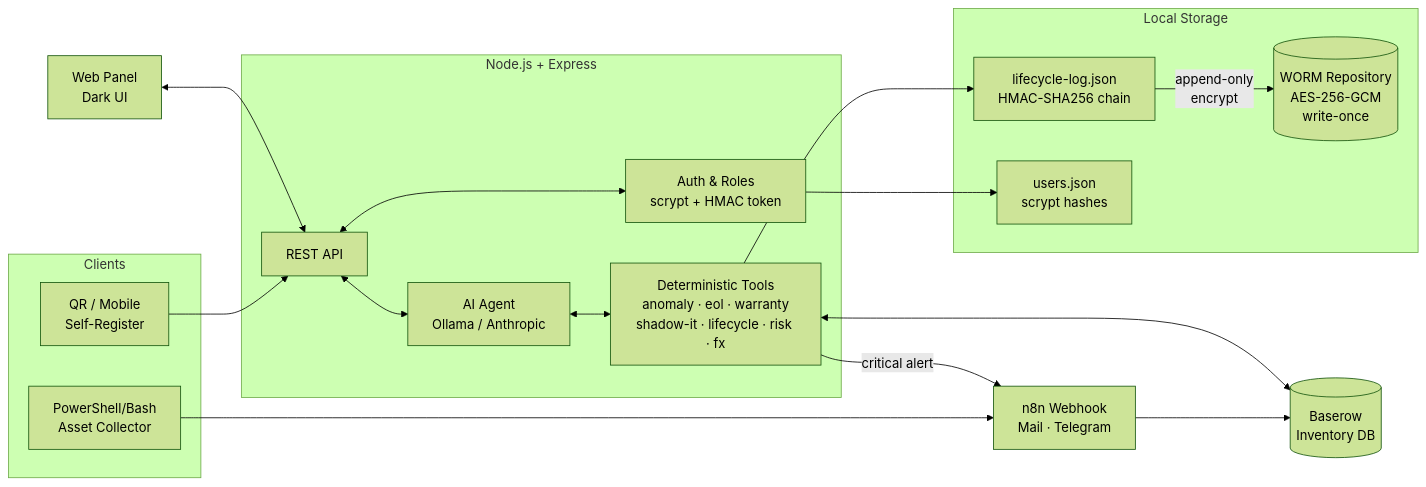
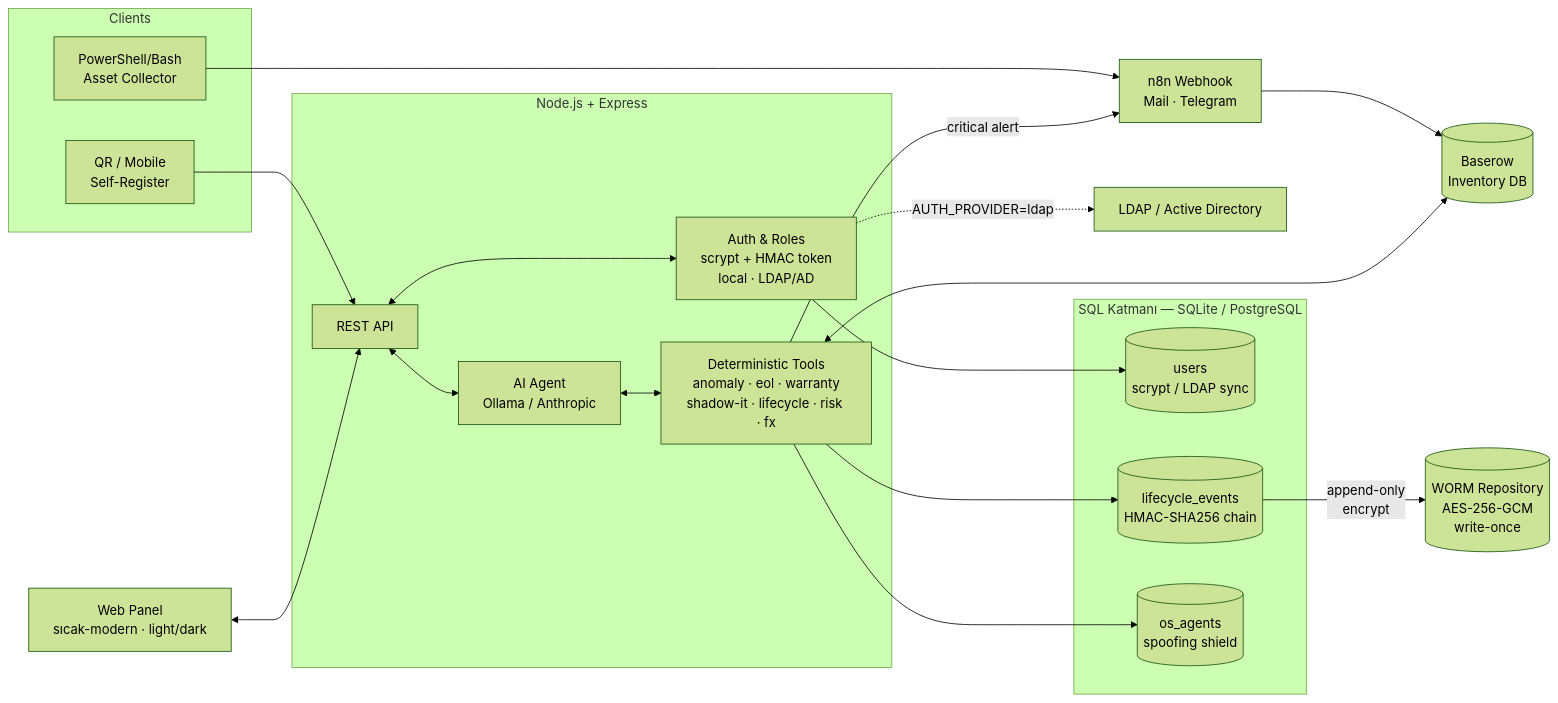
The diagram in README.md (alpercevizz/asset-management), drawn with Mermaid (forest theme) before and after one commit. The commit also changed other lines of this file, not shown here.

First line of the commit message:
README: Dalga 2 (LDAP/AD), SQL katmani, yeni tema ve envanter ozellikleri

````diff
--- a/README.md
+++ b/README.md
@@ -83,36 +87,40 @@
 ```mermaid
 flowchart LR
     subgraph Clients
       PS[PowerShell/Bash<br/>Asset Collector]
       QR[QR / Mobile<br/>Self-Register]
     end
 
     subgraph Server[Node.js + Express]
       API[REST API]
       AI[AI Agent<br/>Ollama / Anthropic]
       DET[Deterministic Tools<br/>anomaly · eol · warranty<br/>shadow-it · lifecycle · risk · fx]
-      AUTH[Auth & Roles<br/>scrypt + HMAC token]
+      AUTH[Auth & Roles<br/>scrypt + HMAC token<br/>local · LDAP/AD]
     end
 
-    subgraph Storage[Local Storage]
-      LOG[lifecycle-log.json<br/>HMAC-SHA256 chain]
-      WORM[(WORM Repository<br/>AES-256-GCM<br/>write-once)]
-      USERS[users.json<br/>scrypt hashes]
+    subgraph SQL[SQL Katmanı — SQLite / PostgreSQL]
+      USERS[(users<br/>scrypt / LDAP sync)]
+      LOG[(lifecycle_events<br/>HMAC-SHA256 chain)]
+      AGENT[(os_agents<br/>spoofing shield)]
     end
 
+    WORM[(WORM Repository<br/>AES-256-GCM<br/>write-once)]
+    LDAP[LDAP / Active Directory]
     BR[(Baserow<br/>Inventory DB)]
     N8N[n8n Webhook<br/>Mail · Telegram]
-    UI[Web Panel<br/>Dark UI]
+    UI[Web Panel<br/>sıcak-modern · light/dark]
 
     PS --> N8N --> BR
     QR --> API
     UI <--> API
     API <--> AI
     AI <--> DET
     DET <--> BR
     DET --> LOG
     LOG -->|append-only<br/>encrypt| WORM
     API <--> AUTH
     AUTH --> USERS
+    AUTH -.->|AUTH_PROVIDER=ldap| LDAP
+    DET --> AGENT
     DET -->|critical alert| N8N
 ```
````
